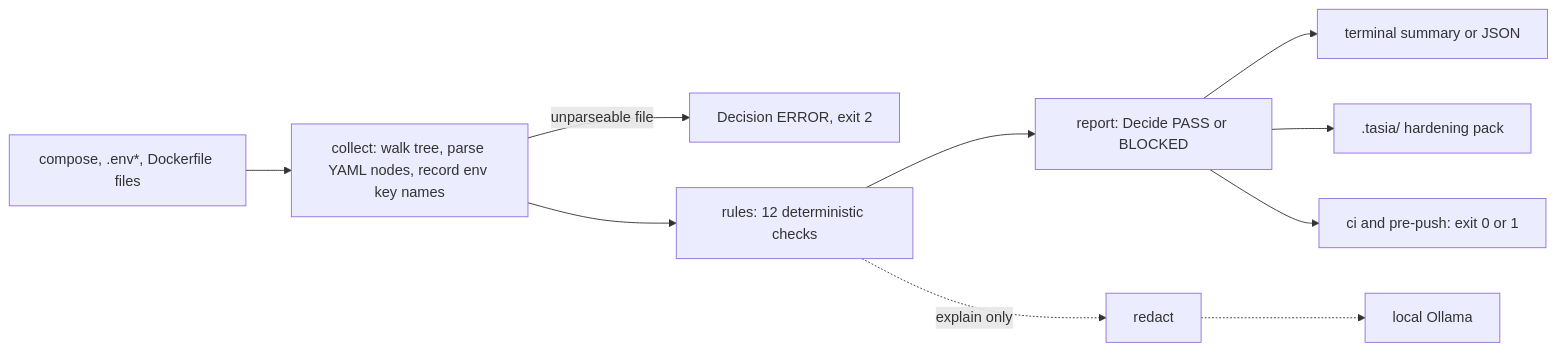
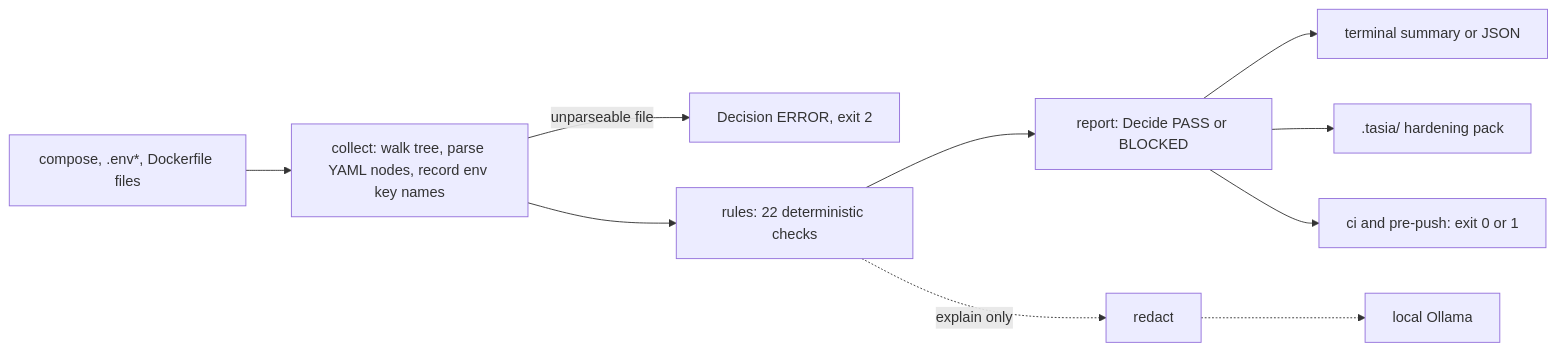
Before and after one commit to joeyvictorino/tasia: the diagram in README.md, drawn with Mermaid. The commit also changed other lines of this file, not shown here.

Commit message:
docs: update rule count to 22 in README and architecture diagram
Claude-Session: https://claude.ai/code/session_01Cm1ojoEfAkMaDiq43jmXUT

````diff
--- a/README.md
+++ b/README.md
@@ -115,11 +115,11 @@
 ```mermaid
 flowchart LR
   F["compose, .env*, Dockerfile files"] --> C["collect: walk tree, parse YAML nodes, record env key names"]
   C -- "unparseable file" --> X["Decision ERROR, exit 2"]
-  C --> R["rules: 12 deterministic checks"]
+  C --> R["rules: 22 deterministic checks"]
   R --> D["report: Decide PASS or BLOCKED"]
   D --> T["terminal summary or JSON"]
   D --> P[".tasia/ hardening pack"]
   D --> G["ci and pre-push: exit 0 or 1"]
   R -. "explain only" .-> RD["redact"] -.-> O["local Ollama"]
 ```
````
